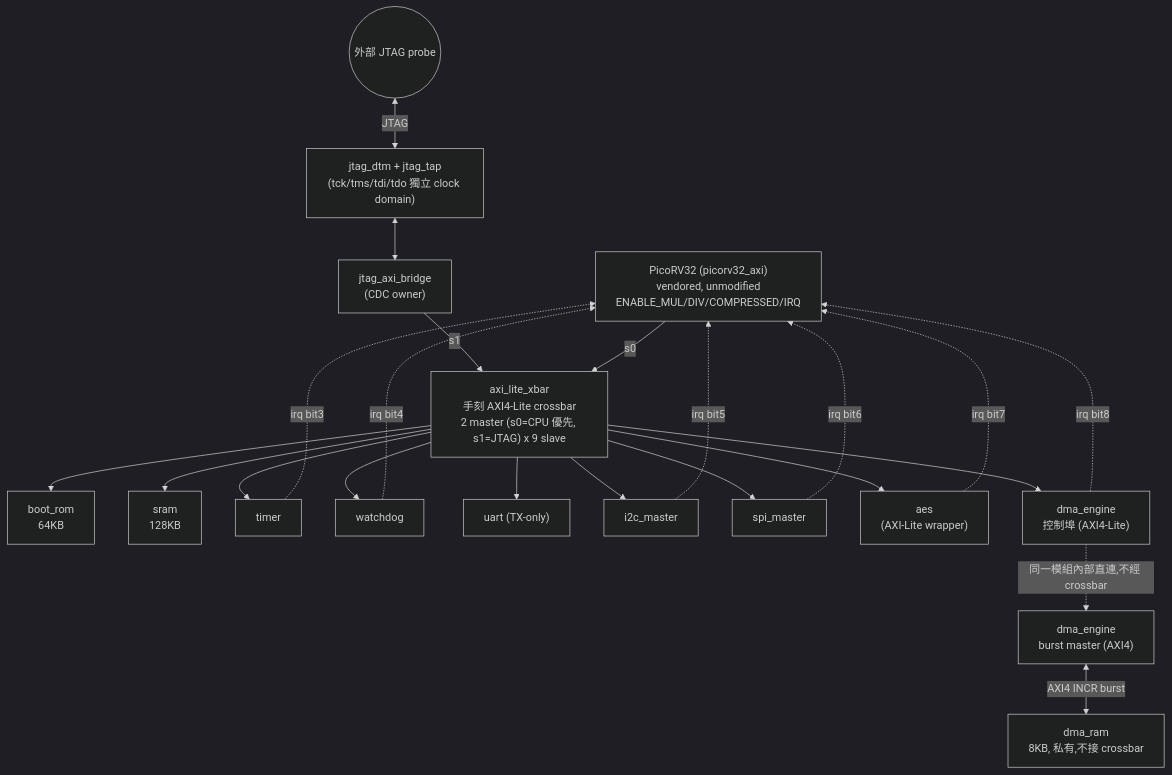
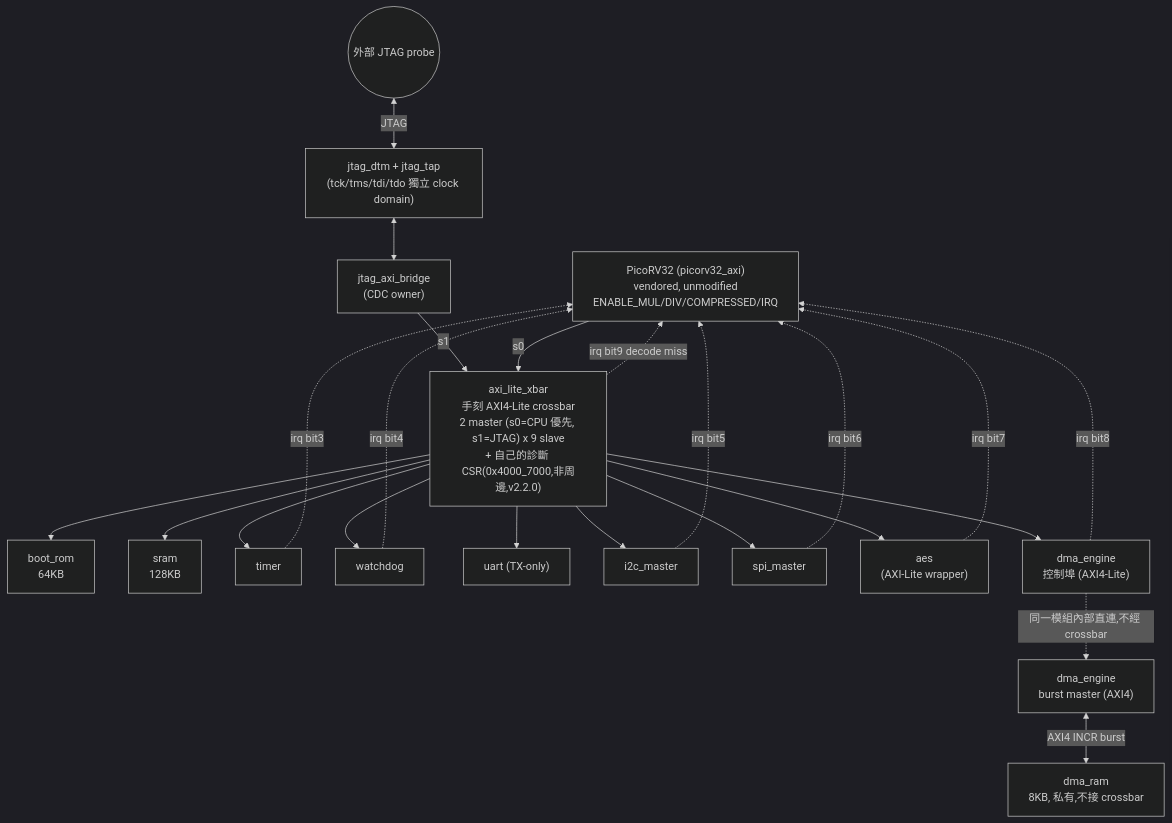
Before and after one commit to HsiangTW1031/RISCV_SOC: the diagram in docs/architecture.md, drawn with Mermaid (dark theme). The commit also changed other lines of this file and 21 other files, not shown here.

````diff
--- a/docs/architecture.md
+++ b/docs/architecture.md
@@ -7,47 +7,48 @@
 ```mermaid
 flowchart TB
     CPU["PicoRV32 (picorv32_axi)<br/>vendored, unmodified<br/>ENABLE_MUL/DIV/COMPRESSED/IRQ"]
     JTAGPROBE(("外部 JTAG probe"))
     JTAGDTM["jtag_dtm + jtag_tap<br/>(tck/tms/tdi/tdo 獨立 clock domain)"]
     BRIDGE["jtag_axi_bridge<br/>(CDC owner)"]
 
-    XBAR["axi_lite_xbar<br/>手刻 AXI4-Lite crossbar<br/>2 master (s0=CPU 優先, s1=JTAG) x 9 slave"]
+    XBAR["axi_lite_xbar<br/>手刻 AXI4-Lite crossbar<br/>2 master (s0=CPU 優先, s1=JTAG) x 9 slave<br/>+ 自己的診斷 CSR(0x4000_7000,非周邊,v2.2.0)"]
 
     ROM["boot_rom<br/>64KB"]
     RAM["sram<br/>128KB"]
     TIMER["timer"]
     WDT["watchdog"]
     UART["uart (TX-only)"]
     I2C["i2c_master"]
     SPI["spi_master"]
     AES["aes<br/>(AXI-Lite wrapper)"]
     DMACTRL["dma_engine<br/>控制埠 (AXI4-Lite)"]
 
     DMABURST["dma_engine<br/>burst master (AXI4)"]
     DMARAM["dma_ram<br/>8KB, 私有,不接 crossbar"]
 
     JTAGPROBE <-->|JTAG| JTAGDTM
     JTAGDTM <--> BRIDGE
     BRIDGE -->|s1| XBAR
     CPU -->|s0| XBAR
 
     XBAR --> ROM
     XBAR --> RAM
     XBAR --> TIMER
     XBAR --> WDT
     XBAR --> UART
     XBAR --> I2C
     XBAR --> SPI
     XBAR --> AES
     XBAR --> DMACTRL
 
     DMACTRL -.同一模組內部直連,不經 crossbar.-> DMABURST
     DMABURST <-->|AXI4 INCR burst| DMARAM
 
     TIMER -.irq bit3.-> CPU
     WDT -.irq bit4.-> CPU
     I2C -.irq bit5.-> CPU
     SPI -.irq bit6.-> CPU
     AES -.irq bit7.-> CPU
     DMACTRL -.irq bit8.-> CPU
+    XBAR -.irq bit9 decode miss.-> CPU
 ```
````
